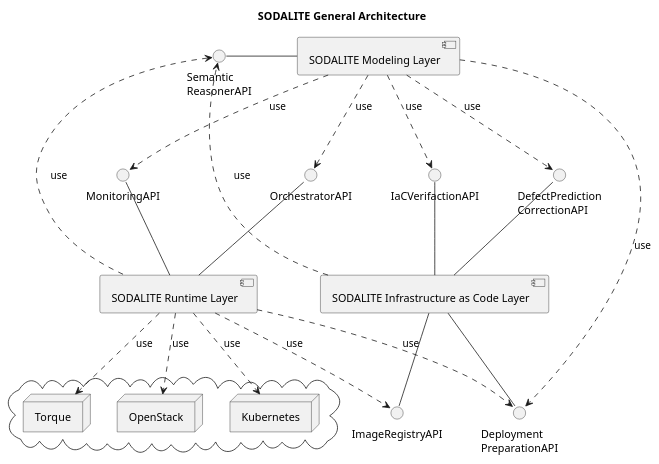
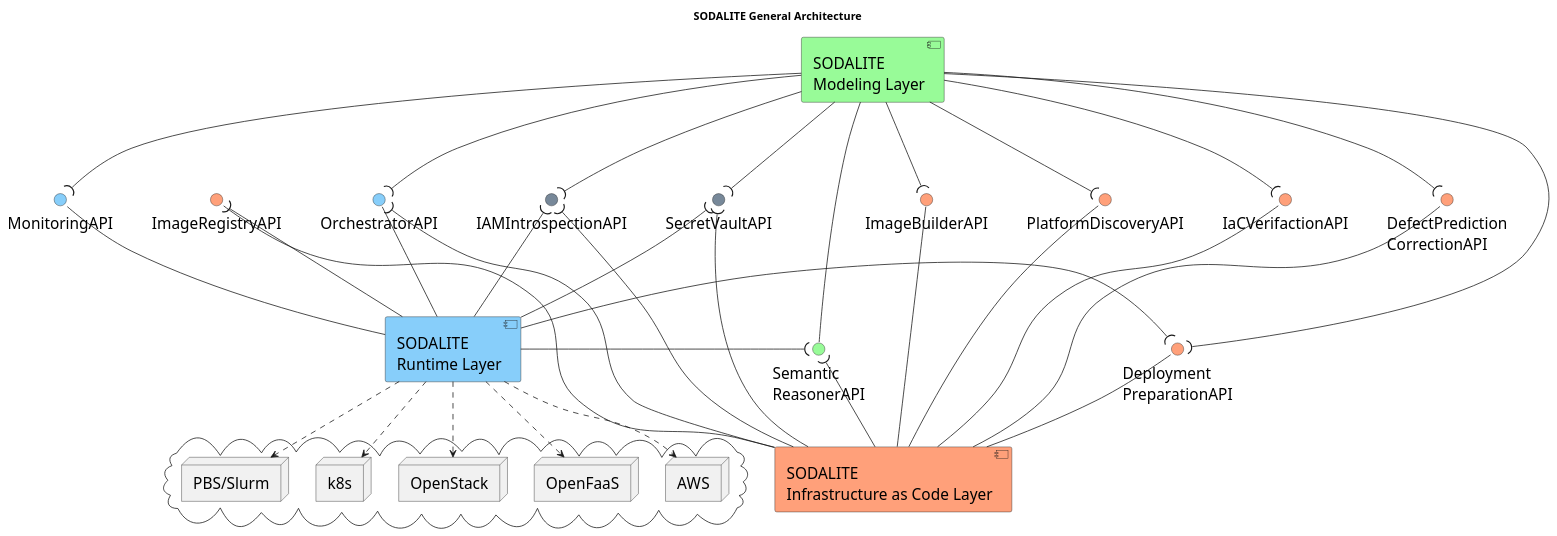
One commit to SODALITE-EU/project-wide-documentation changed the diagram in uml/component-diagrams/CD-SODALITEGeneralArchitecture.puml. Above: the diagram before and after it, drawn with PlantUML.

Commit message:
Update this UML to the latest definition
Update this UML to the latest definition

```diff
--- a/uml/component-diagrams/CD-SODALITEGeneralArchitecture.puml
+++ b/uml/component-diagrams/CD-SODALITEGeneralArchitecture.puml
@@ -1,47 +1,75 @@
 @startuml
 
 title SODALITE General Architecture
 
-interface "Deployment\nPreparationAPI" as dep
-interface "DefectPrediction\nCorrectionAPI" as defect
-interface "IaCVerifactionAPI" as verif
-interface "ImageRegistryAPI" as imagereg
-interface "MonitoringAPI" as mon
-interface "OrchestratorAPI" as orch
+skinparam fixCircleLabelOverlapping true 
+skinparam defaultFontSize 20
 
-[SODALITE Modeling Layer] as WP3
-interface "Semantic\nReasonerAPI" as sem
-WP3 -l- sem
+'WP3 modelling layer
+[SODALITE\nModeling Layer] as WP3 #PaleGreen
+interface "Semantic\nReasonerAPI" as sem #PaleGreen
+WP3 -d- sem
 
-[SODALITE Infrastructure as Code Layer] as WP4
-WP4 -d- dep
+'WP4 infrastructure as Code layer
+[SODALITE\nInfrastructure as Code Layer] as WP4 #LightSalmon
+interface "Deployment\nPreparationAPI" as dep #LightSalmon
+interface "DefectPrediction\nCorrectionAPI" as defect #LightSalmon
+interface "IaCVerifactionAPI" as verif #LightSalmon
+interface "ImageRegistryAPI" as imagereg  #LightSalmon
+interface "ImageBuilderAPI" as imagebuilder  #LightSalmon
+interface "PlatformDiscoveryAPI" as pds #LightSalmon
+WP4 -u- dep
 WP4 -u- defect
 WP4 -u- verif
-WP4 -- imagereg
+WP4 -u- pds
+WP4 -d- imagereg
+WP4 -u- imagebuilder
 
-[SODALITE Runtime Layer] as WP5
-WP5 -u- mon
+
+'WP4 infrastructure as Code layer
+[SODALITE\nRuntime Layer] as WP5 #LightSkyBlue
+interface "MonitoringAPI" as mon #LightSkyBlue
+interface "OrchestratorAPI" as orch #LightSkyBlue
+WP5 -u- mon 
 WP5 -u- orch
+
+'security APIs
+interface "IAMIntrospectionAPI" as IAMApi #LightSlateGrey
+interface "SecretVaultAPI" as VaultAPI #LightSlateGrey
 
 cloud {
     node OpenStack
-    node Kubernetes as K8S
-    node Torque
+    node k8s as K8S
+    node "PBS/Slurm" as wlm
+    node AWS
+    node OpenFaaS
 }
 
-WP3 ..> dep : use
-WP3 ..> defect : use
-WP3 ..> verif : use
-WP3 ..> mon : use
-WP3 ..> orch : use
+WP3 -d-( IAMApi
+WP3 -d-( VaultAPI
+WP3 -d-( dep
+WP3 -d-( defect
+WP3 -d-( verif
+WP3 -d-( mon
+WP3 -d-( orch
+WP3 -d-( imagebuilder
+WP3 -d-( pds
 
-WP4 ..> sem : use
+WP4 -u-( IAMApi
+WP4 -u-( VaultAPI
+WP4 -u-( sem
+WP4 -u-( orch
 
-WP5 ..> OpenStack : use
-WP5 ..> K8S : use
-WP5 ..> Torque : use
-WP5 ..> dep : use
-WP5 .l.> sem : use
-WP5 ..> imagereg: use
+WP5 -u-( IAMApi
+WP5 -u-( VaultAPI
+WP5 -u-( imagereg
+WP5 -r-( dep
+WP5 -r-( sem
+
+WP5 .d.> OpenStack
+WP5 .d.> K8S
+WP5 .d.> wlm
+WP5 .d.> AWS
+WP5 .d.> OpenFaaS
 
 @enduml
```
